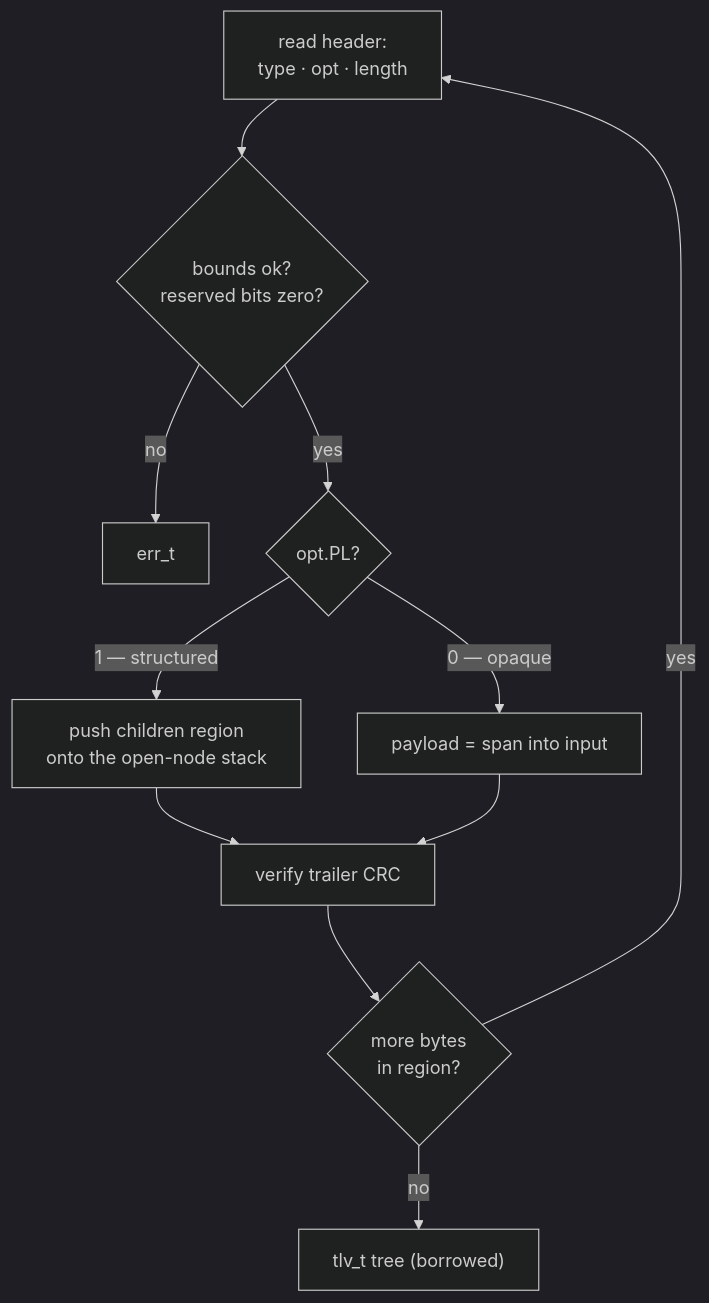
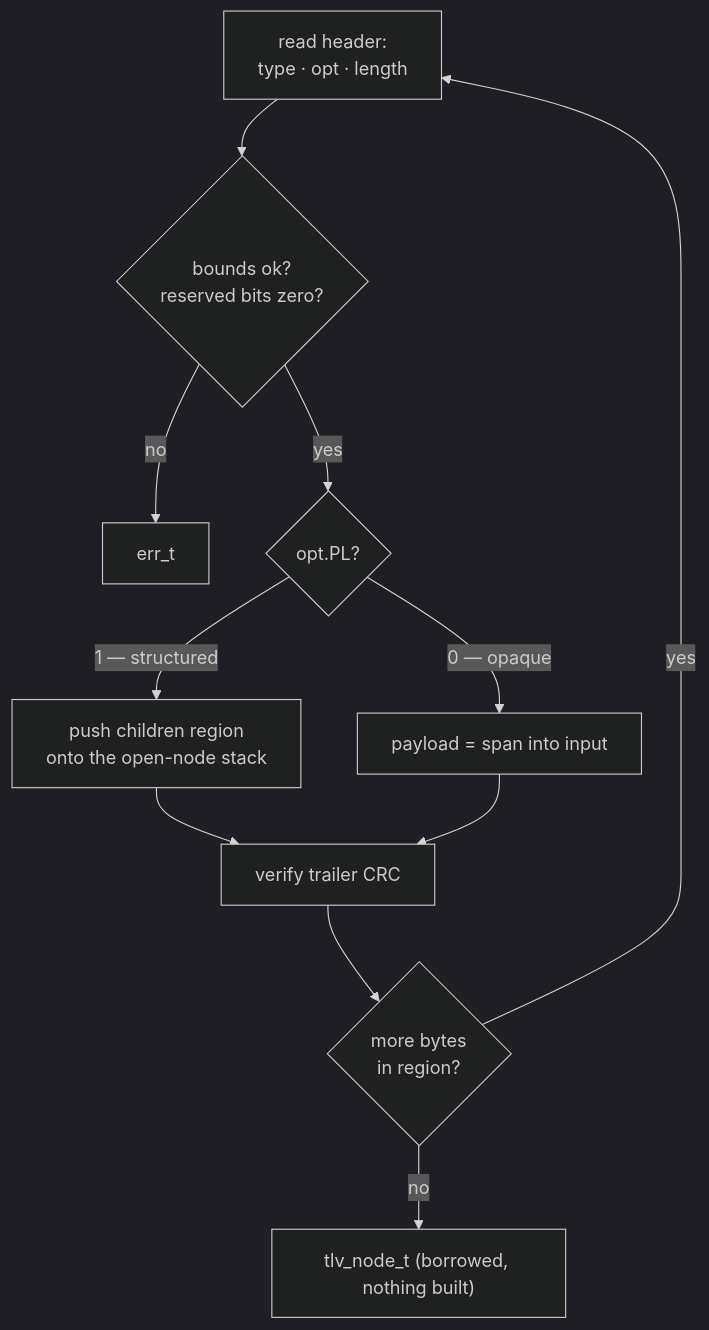
The diagram in docs/modules/frame-codec.md (avatarsd-llc/libtracer), drawn with Mermaid (dark theme) before and after one commit. The commit also changed other lines of this file and 135 other files, not shown here.

````diff
--- a/docs/modules/frame-codec.md
+++ b/docs/modules/frame-codec.md
@@ -29,13 +34,13 @@
 ```{mermaid}
 flowchart TD
     H["read header:<br/>type · opt · length"] --> V{"bounds ok?<br/>reserved bits zero?"}
     V -->|no| E["err_t"]
     V -->|yes| P{"opt.PL?"}
     P -->|"1 — structured"| C["push children region<br/>onto the open-node stack"]
     P -->|"0 — opaque"| O["payload = span into input"]
     C --> T["verify trailer CRC"]
     O --> T
     T --> N{"more bytes<br/>in region?"}
     N -->|yes| H
-    N -->|no| D["tlv_t tree (borrowed)"]
+    N -->|no| D["tlv_node_t (borrowed, nothing built)"]
 ```
````
